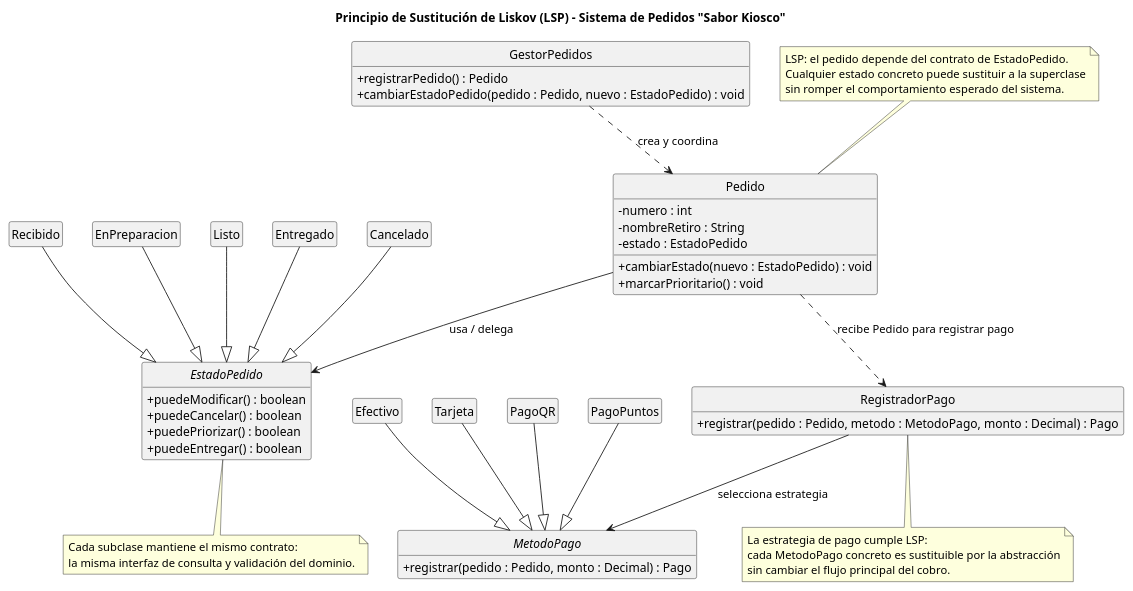
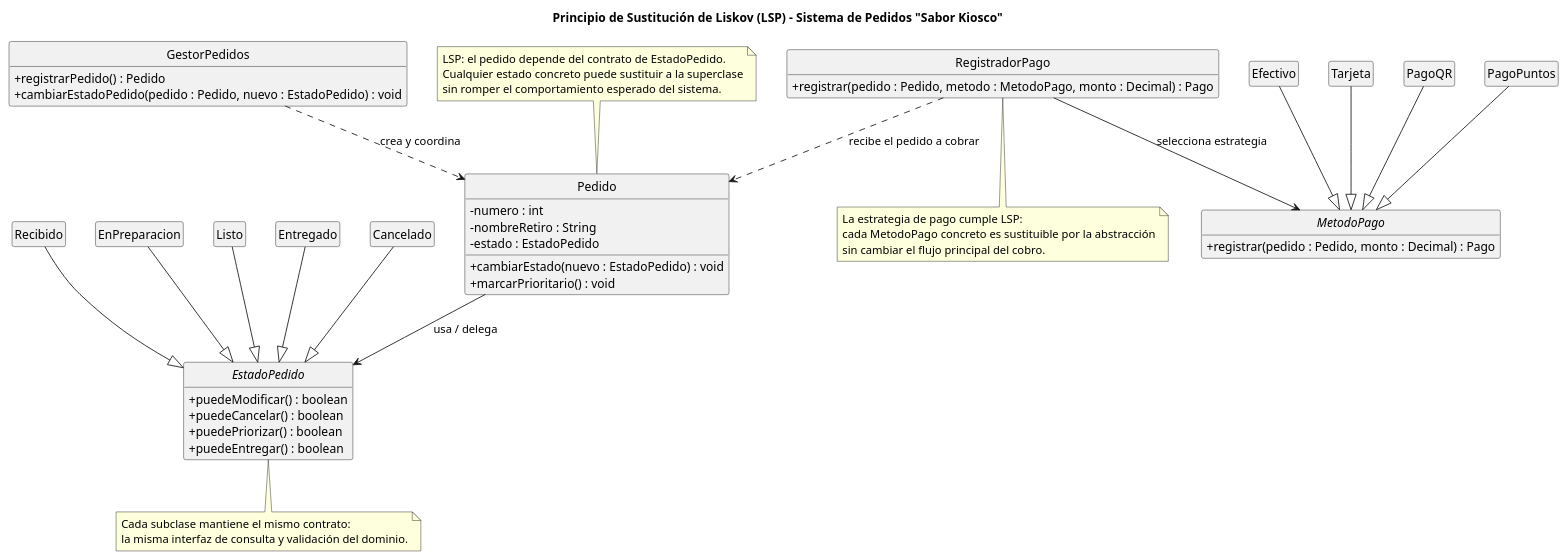
Before and after one commit to lucasmengarelli3/SistemaPedidos: the diagram in diagramas/01-diagrama-clases/01-solid-03-lsp.puml, drawn with PlantUML. The commit also changed 24 other files, not shown here.

```diff
--- a/diagramas/01-diagrama-clases/01-solid-03-lsp.puml
+++ b/diagramas/01-diagrama-clases/01-solid-03-lsp.puml
@@ -1,81 +1,81 @@
 @startuml
 skinparam shadowing false
 skinparam classAttributeIconSize 0
 hide empty members
 hide circle
 
 title Principio de Sustitución de Liskov (LSP) - Sistema de Pedidos "Sabor Kiosco"
 
 abstract class EstadoPedido {
   + puedeModificar() : boolean
   + puedeCancelar() : boolean
   + puedePriorizar() : boolean
   + puedeEntregar() : boolean
 }
 
 class Recibido
 class EnPreparacion
 class Listo
 class Entregado
 class Cancelado
 
 abstract class MetodoPago {
   + registrar(pedido : Pedido, monto : Decimal) : Pago
 }
 
 class Efectivo
 class Tarjeta
 class PagoQR
 class PagoPuntos
 
 class Pedido {
   - numero : int
   - nombreRetiro : String
   - estado : EstadoPedido
   + cambiarEstado(nuevo : EstadoPedido) : void
   + marcarPrioritario() : void
 }
 
 class RegistradorPago {
   + registrar(pedido : Pedido, metodo : MetodoPago, monto : Decimal) : Pago
 }
 
 class GestorPedidos {
   + registrarPedido() : Pedido
   + cambiarEstadoPedido(pedido : Pedido, nuevo : EstadoPedido) : void
 }
 
 Recibido --|> EstadoPedido
 EnPreparacion --|> EstadoPedido
 Listo --|> EstadoPedido
 Entregado --|> EstadoPedido
 Cancelado --|> EstadoPedido
 
 Efectivo --|> MetodoPago
 Tarjeta --|> MetodoPago
 PagoQR --|> MetodoPago
 PagoPuntos --|> MetodoPago
 
 Pedido --> EstadoPedido : usa / delega
-Pedido ..> RegistradorPago : recibe Pedido para registrar pago
+RegistradorPago ..> Pedido : recibe el pedido a cobrar
 RegistradorPago --> MetodoPago : selecciona estrategia
 GestorPedidos ..> Pedido : crea y coordina
 
 note top of Pedido
   LSP: el pedido depende del contrato de EstadoPedido.
   Cualquier estado concreto puede sustituir a la superclase
   sin romper el comportamiento esperado del sistema.
 end note
 
 note bottom of EstadoPedido
   Cada subclase mantiene el mismo contrato:
   la misma interfaz de consulta y validación del dominio.
 end note
 
 note bottom of RegistradorPago
   La estrategia de pago cumple LSP:
   cada MetodoPago concreto es sustituible por la abstracción
   sin cambiar el flujo principal del cobro.
 end note
 
 @enduml
```
